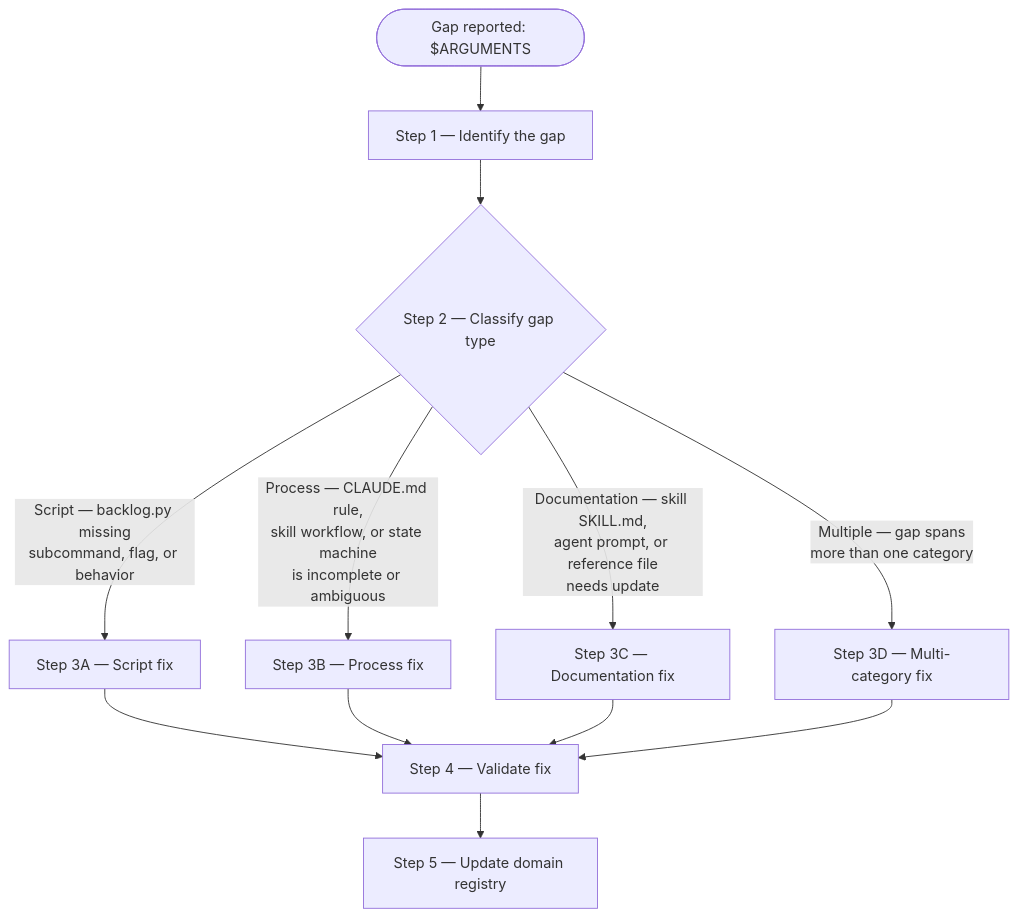
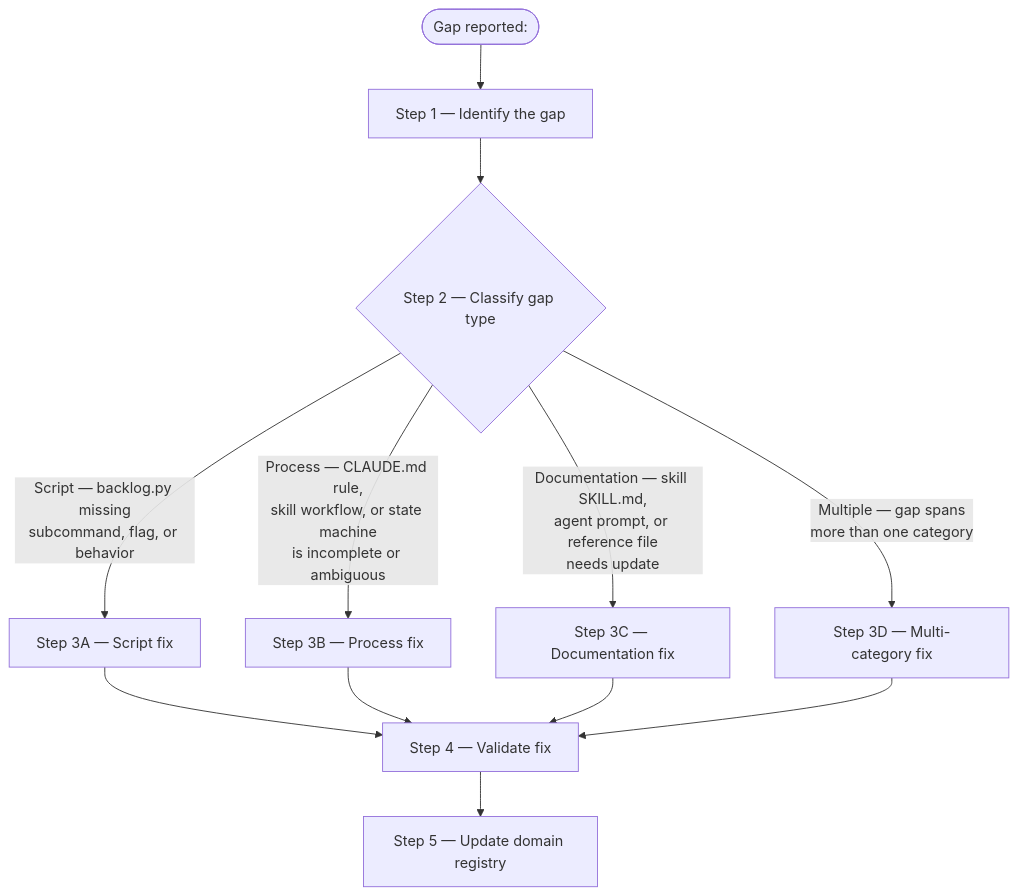
The first of 2 diagrams in .claude/skills/backlog-tools-administrator/SKILL.md (chgreer1070/claude_skills), drawn with Mermaid before and after one commit. The commit also changed other lines of this file and 51 other files, not shown here.

````diff
--- a/.claude/skills/backlog-tools-administrator/SKILL.md
+++ b/.claude/skills/backlog-tools-administrator/SKILL.md
@@ -29,14 +31,14 @@
 ```mermaid
 flowchart TD
-    Start(["Gap reported: $ARGUMENTS"]) --> S1["Step 1 — Identify the gap"]
+    Start(["Gap reported: <gap_description/>"]) --> S1["Step 1 — Identify the gap"]
     S1 --> S2{"Step 2 — Classify gap type"}
     S2 -->|"Script — backlog.py missing<br>subcommand, flag, or behavior"| Script["Step 3A — Script fix"]
     S2 -->|"Process — CLAUDE.md rule,<br>skill workflow, or state machine<br>is incomplete or ambiguous"| Process["Step 3B — Process fix"]
     S2 -->|"Documentation — skill SKILL.md,<br>agent prompt, or reference file<br>needs update"| Docs["Step 3C — Documentation fix"]
     S2 -->|"Multiple — gap spans<br>more than one category"| Multi["Step 3D — Multi-category fix"]
     Script --> S4["Step 4 — Validate fix"]
     Process --> S4
     Docs --> S4
     Multi --> S4
     S4 --> S5["Step 5 — Update domain registry"]
 ```
````
